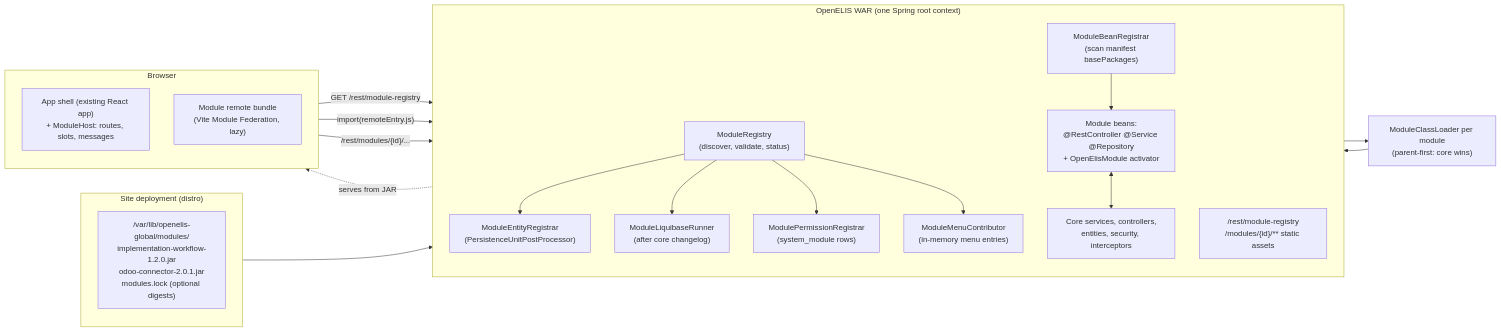
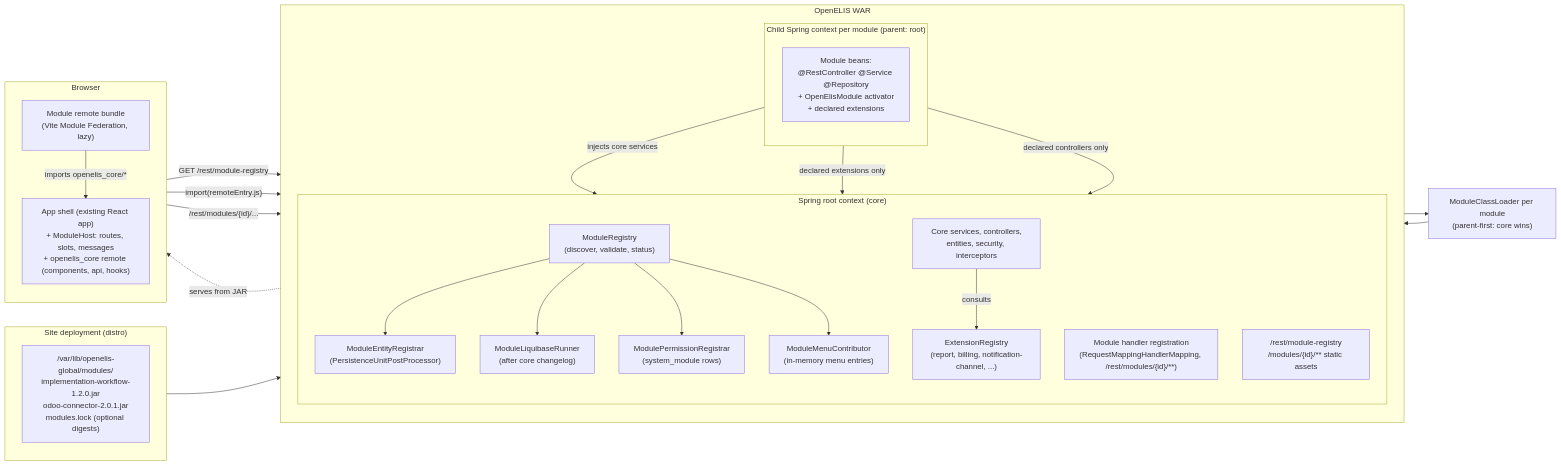
One commit to Agaba-derrick/OpenELIS-Global-2 changed the first of 8 diagrams in specs/plans/module-system-architecture.md. Above: the diagram before and after it, drawn with Mermaid. The commit also changed other lines of this file, not shown here.

First line of the commit message:
docs(architecture): reconcile the module system design with the modularization comparison (OGC-1577) (#4876)

````diff
--- a/specs/plans/module-system-architecture.md
+++ b/specs/plans/module-system-architecture.md
@@ -232,35 +300,46 @@
 ```mermaid
 flowchart LR
   subgraph Site["Site deployment (distro)"]
     direction TB
     Vol["/var/lib/openelis-global/modules/<br/>implementation-workflow-1.2.0.jar<br/>odoo-connector-2.0.1.jar<br/>modules.lock (optional digests)"]
   end
-  subgraph Webapp["OpenELIS WAR (one Spring root context)"]
+  subgraph Webapp["OpenELIS WAR"]
     direction TB
-    Reg["ModuleRegistry<br/>(discover, validate, status)"]
-    Scan["ModuleBeanRegistrar<br/>(scan manifest basePackages)"]
-    Ent["ModuleEntityRegistrar<br/>(PersistenceUnitPostProcessor)"]
-    Mig["ModuleLiquibaseRunner<br/>(after core changelog)"]
-    Perm["ModulePermissionRegistrar<br/>(system_module rows)"]
-    Menu["ModuleMenuContributor<br/>(in-memory menu entries)"]
-    API["/rest/module-registry<br/>/modules/{id}/** static assets"]
-    Core["Core services, controllers,<br/>entities, security, interceptors"]
-    ModBeans["Module beans:<br/>@RestController @Service @Repository<br/>+ OpenElisModule activator"]
+    subgraph Root["Spring root context (core)"]
+      direction TB
+      Reg["ModuleRegistry<br/>(discover, validate, status)"]
+      Ent["ModuleEntityRegistrar<br/>(PersistenceUnitPostProcessor)"]
+      Mig["ModuleLiquibaseRunner<br/>(after core changelog)"]
+      Perm["ModulePermissionRegistrar<br/>(system_module rows)"]
+      Menu["ModuleMenuContributor<br/>(in-memory menu entries)"]
+      Ext["ExtensionRegistry<br/>(report, billing, notification-channel, ...)"]
+      Ctl["Module handler registration<br/>(RequestMappingHandlerMapping, /rest/modules/{id}/**)"]
+      API["/rest/module-registry<br/>/modules/{id}/** static assets"]
+      Core["Core services, controllers,<br/>entities, security, interceptors"]
+    end
+    subgraph Child["Child Spring context per module (parent: root)"]
+      direction TB
+      ModBeans["Module beans:<br/>@RestController @Service @Repository<br/>+ OpenElisModule activator<br/>+ declared extensions"]
+    end
   end
   subgraph Browser["Browser"]
     direction TB
-    Shell["App shell (existing React app)<br/>+ ModuleHost: routes, slots, messages"]
+    Shell["App shell (existing React app)<br/>+ ModuleHost: routes, slots, messages<br/>+ openelis_core remote (components, api, hooks)"]
     Remote["Module remote bundle<br/>(Vite Module Federation, lazy)"]
   end
   Vol --> Reg
-  Reg --> CL["ModuleClassLoader per module<br/>(parent-first: core wins)"] --> Scan --> ModBeans
+  Reg --> CL["ModuleClassLoader per module<br/>(parent-first: core wins)"] --> Child
   Reg --> Ent
   Reg --> Mig
   Reg --> Perm
   Reg --> Menu
-  ModBeans <--> Core
+  ModBeans -- "injects core services" --> Core
+  ModBeans -- "declared extensions only" --> Ext
+  ModBeans -- "declared controllers only" --> Ctl
+  Core -- "consults" --> Ext
   Shell -- "GET /rest/module-registry" --> API
   Shell -- "import(remoteEntry.js)" --> API
   API -. serves from JAR .-> Remote
-  Remote -- "/rest/modules/{id}/..." --> ModBeans
+  Remote -- "imports openelis_core/*" --> Shell
+  Remote -- "/rest/modules/{id}/..." --> Ctl
 ```
````
